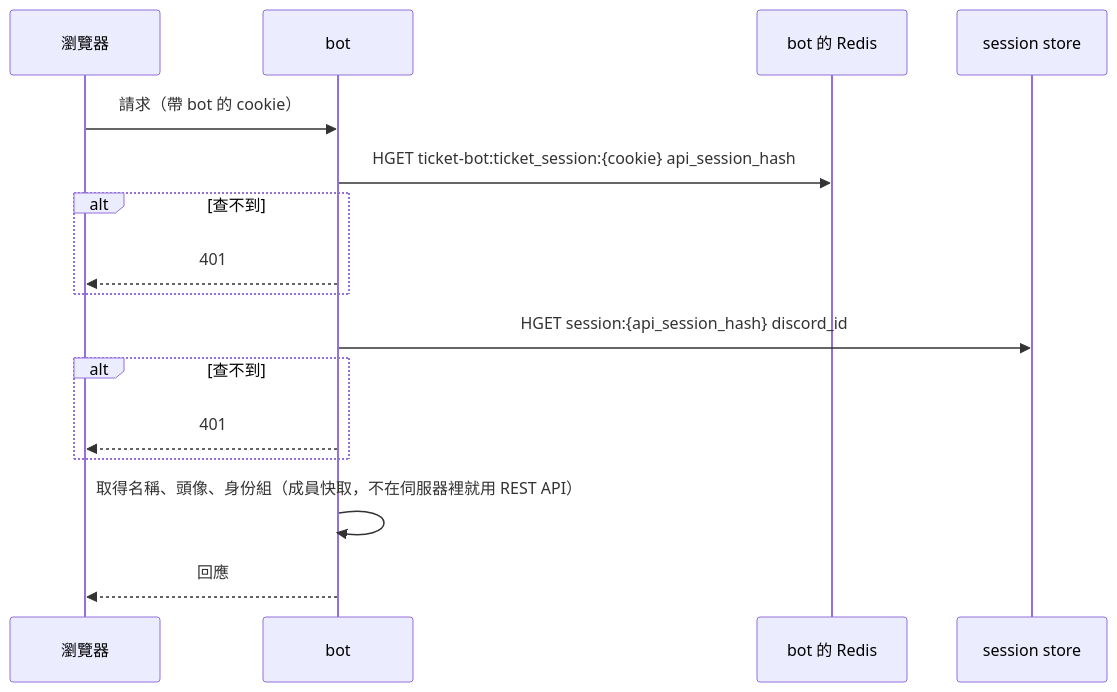
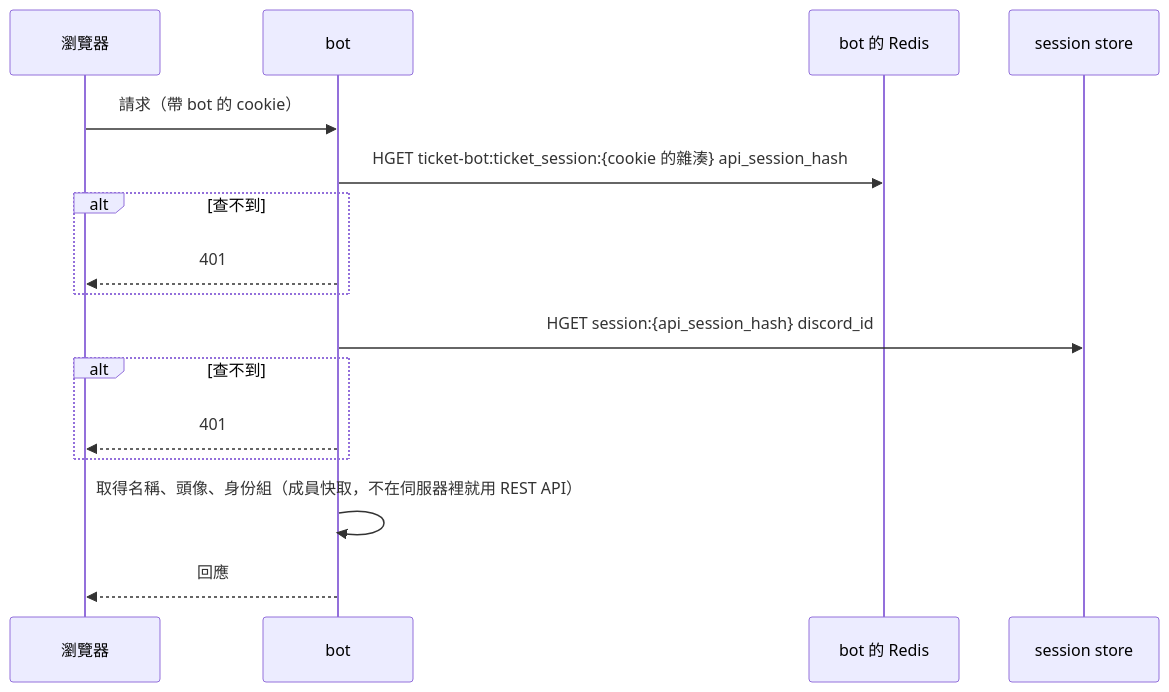
Before and after one commit to taiwanfrp/discord-bot: the second of 2 diagrams in docs/auth.md, drawn with Mermaid. The commit also changed other lines of this file and 20 other files, not shown here.

Commit message:
feat: add http api with session exchange and admin guild endpoints

````diff
--- a/docs/auth.md
+++ b/docs/auth.md
@@ -47,19 +47,19 @@
 ```mermaid
 sequenceDiagram
     participant Br as 瀏覽器
     participant B as bot
     participant R as bot 的 Redis
     participant S as session store
 
     Br->>B: 請求（帶 bot 的 cookie）
-    B->>R: HGET ticket-bot:ticket_session:{cookie} api_session_hash
+    B->>R: HGET ticket-bot:ticket_session:{cookie 的雜湊} api_session_hash
     alt 查不到
         B-->>Br: 401
     end
     B->>S: HGET session:{api_session_hash} discord_id
     alt 查不到
         B-->>Br: 401
     end
     B->>B: 取得名稱、頭像、身份組（成員快取，不在伺服器裡就用 REST API）
     B-->>Br: 回應
 ```
````
